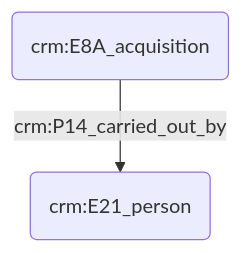
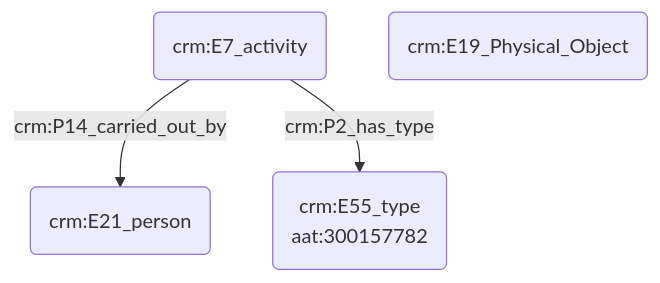
One commit to Amleth/consortium-musica2-gt2-ontologies changed the diagram in modules/livrables/Dossier 2/Prosopographie/propriétaire_d_un_objet.md. Above: the diagram before and after it, drawn with Mermaid.

````diff
--- a/modules/livrables/Dossier 2/Prosopographie/propriétaire_d_un_objet.md
+++ b/modules/livrables/Dossier 2/Prosopographie/propriétaire_d_un_objet.md
@@ -1,7 +1,8 @@
 ```mermaid
 graph TD;
 
-C(crm:E8A_acquisition)  -->|crm:P14_carried_out_by| A(crm:E21_person)
-
+C(crm:E7_activity) -->|crm:P14_carried_out_by| A(crm:E21_person)
+C(crm:E7_activity) -->|crm:P2_has_type| D(crm:E55_type<br>aat:300157782)
+ B(crm:E19_Physical_Object)
 
 ```
````
